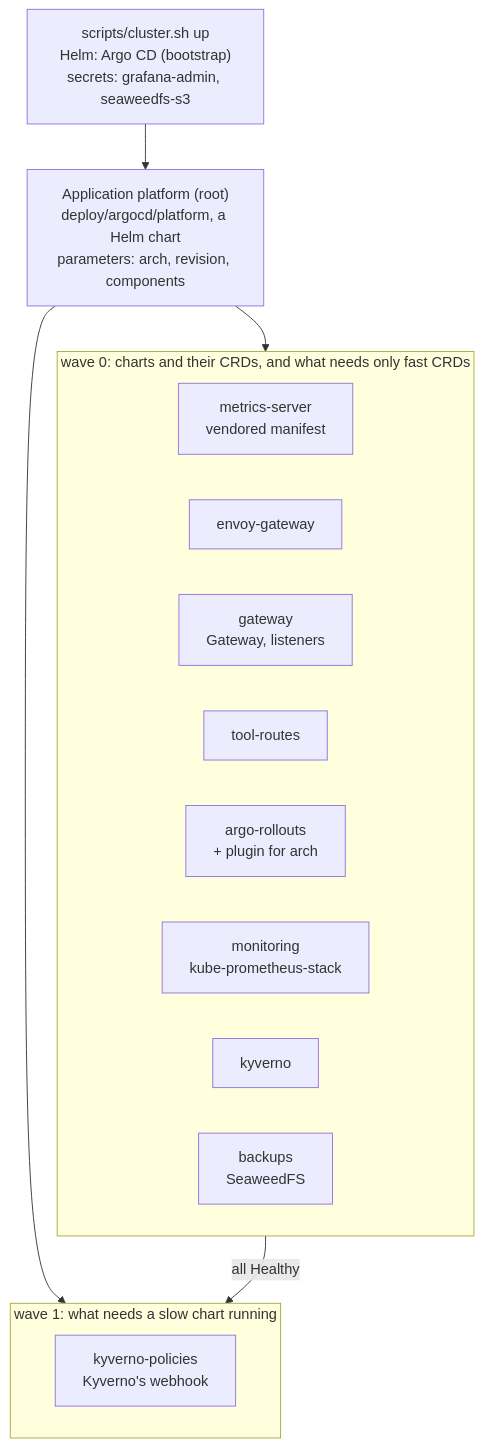
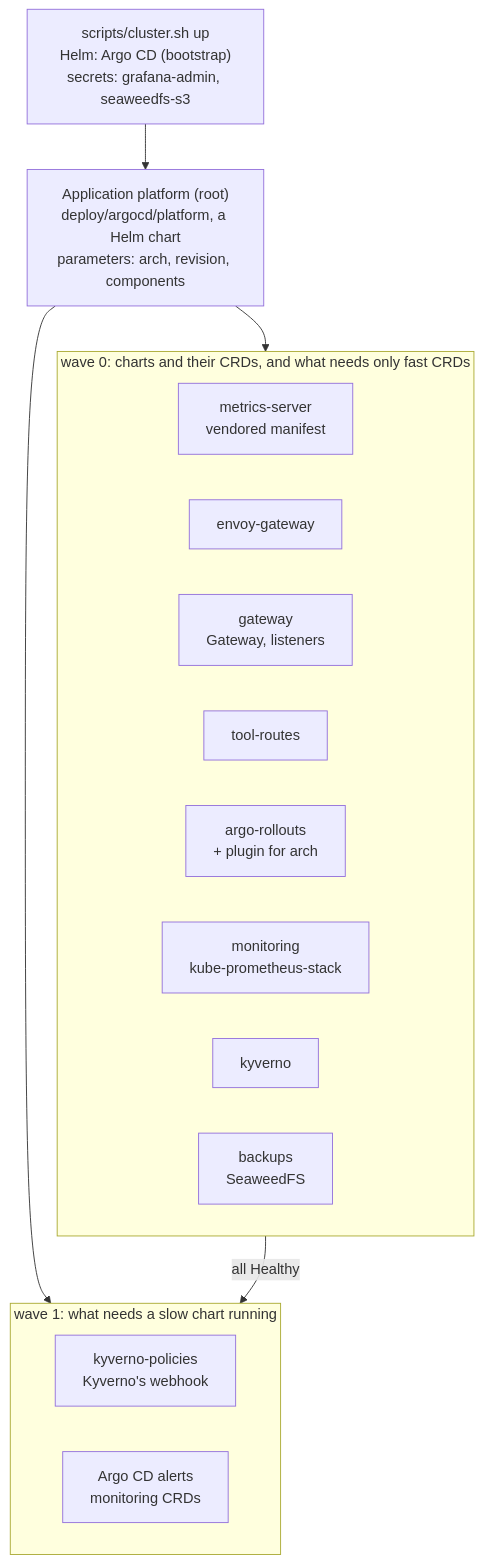
Before and after one commit to easypeasyops/links: the tenth of 10 diagrams in docs/DESIGN.md, drawn with Mermaid. The commit also changed other lines of this file and 8 other files, not shown here.

First line of the commit message:
platform (5/5): alerts on Argo CD itself

````diff
--- a/docs/DESIGN.md
+++ b/docs/DESIGN.md
@@ -877,23 +877,24 @@
 ```mermaid
 flowchart TB
   CS["scripts/cluster.sh up<br/>Helm: Argo CD (bootstrap)<br/>secrets: grafana-admin, seaweedfs-s3"] --> Root
   Root["Application platform (root)<br/>deploy/argocd/platform, a Helm chart<br/>parameters: arch, revision, components"]
   Root --> W0
   Root --> W1
   subgraph W0["wave 0: charts and their CRDs, and what needs only fast CRDs"]
     direction LR
     MS[metrics-server<br/>vendored manifest]
     EG[envoy-gateway]
     GW[gateway<br/>Gateway, listeners]
     TR[tool-routes]
     AR[argo-rollouts<br/>+ plugin for arch]
     KPS[monitoring<br/>kube-prometheus-stack]
     KY[kyverno]
     BK[backups<br/>SeaweedFS]
   end
   subgraph W1["wave 1: what needs a slow chart running"]
     direction LR
     KP[kyverno-policies<br/>Kyverno's webhook]
+    AM[Argo CD alerts<br/>monitoring CRDs]
   end
   W0 -->|"all Healthy"| W1
 ```
````
